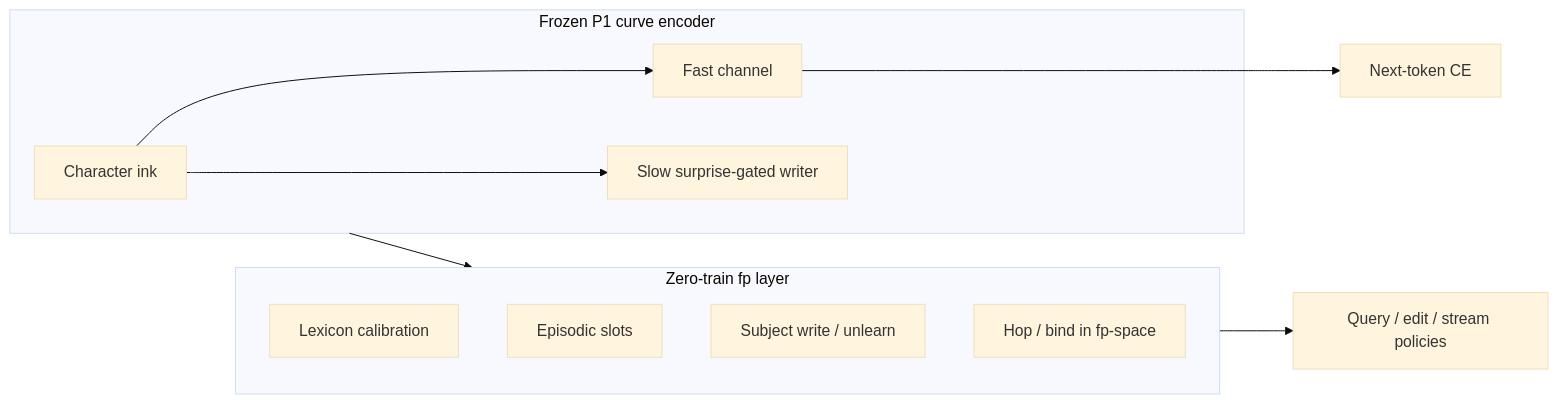
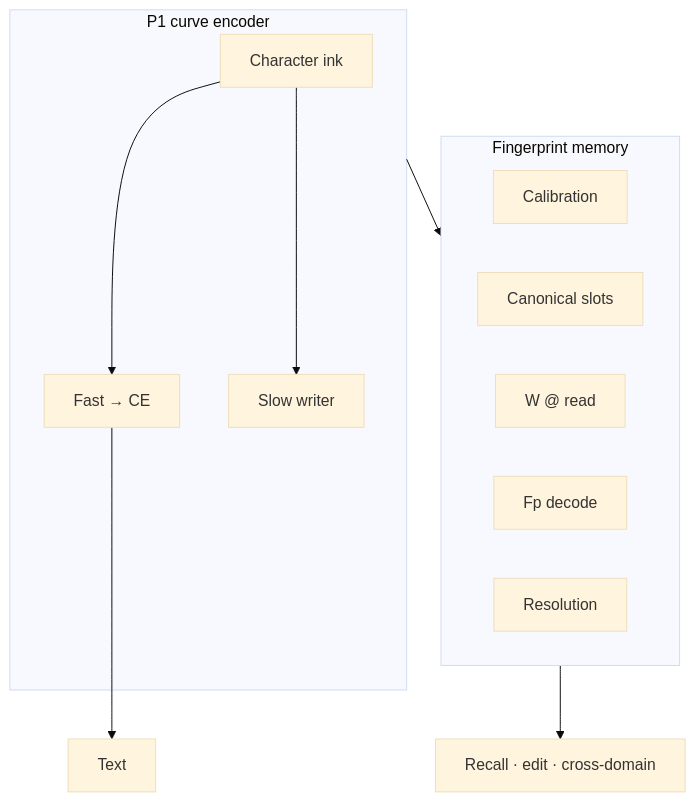
One commit to KonstantinK-V/TapeLM changed the diagram in artifact/OVERVIEW.md. Above: the diagram before and after it, drawn with Mermaid (base theme). The commit also changed other lines of this file and 145 other files, not shown here.

````diff
--- a/artifact/OVERVIEW.md
+++ b/artifact/OVERVIEW.md
@@ -27,19 +25,20 @@
 ```mermaid
-flowchart LR
-  subgraph substrate["Frozen P1 curve encoder"]
+flowchart TB
+  subgraph enc["P1 curve encoder"]
     INK["Character ink"]
-    FAST["Fast channel"]
-    SLOW["Slow surprise-gated writer"]
+    FAST["Fast → CE"]
+    SLOW["Slow writer"]
     INK --> FAST
     INK --> SLOW
   end
-  subgraph fp["Zero-train fp layer"]
-    LEX["Lexicon calibration"]
-    SLOT["Episodic slots"]
-    EDIT["Subject write / unlearn"]
-    HOP["Hop / bind in fp-space"]
+  subgraph mem["Fingerprint memory"]
+    LEX["Calibration"]
+    SLOT["Canonical slots"]
+    W["W @ read"]
+    DEC["Fp decode"]
+    RES["Resolution"]
   end
-  FAST --> CE["Next-token CE"]
-  substrate --> fp
-  fp --> OUT["Query / edit / stream policies"]
+  enc --> mem
+  FAST --> TEXT["Text"]
+  mem --> OUT["Recall · edit · cross-domain"]
 ```
````
